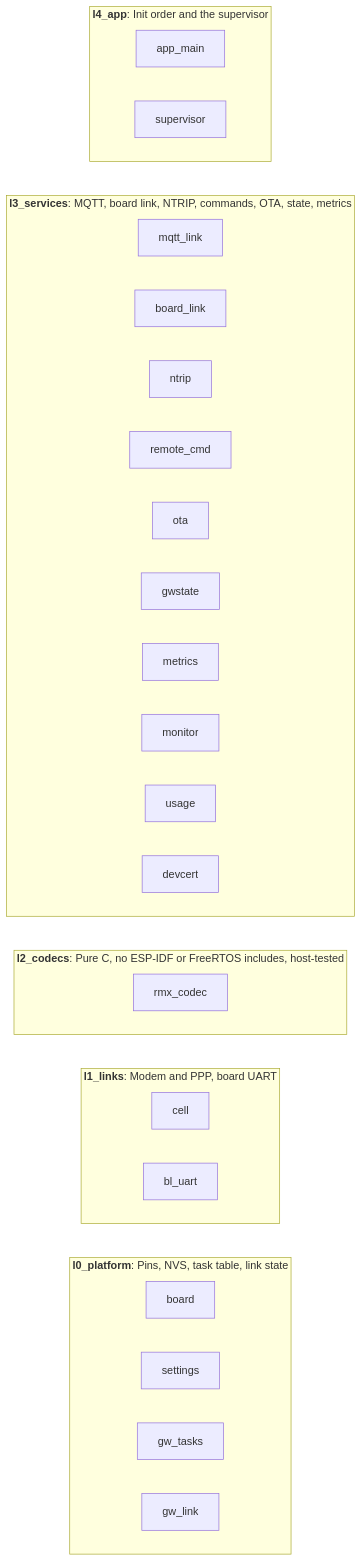
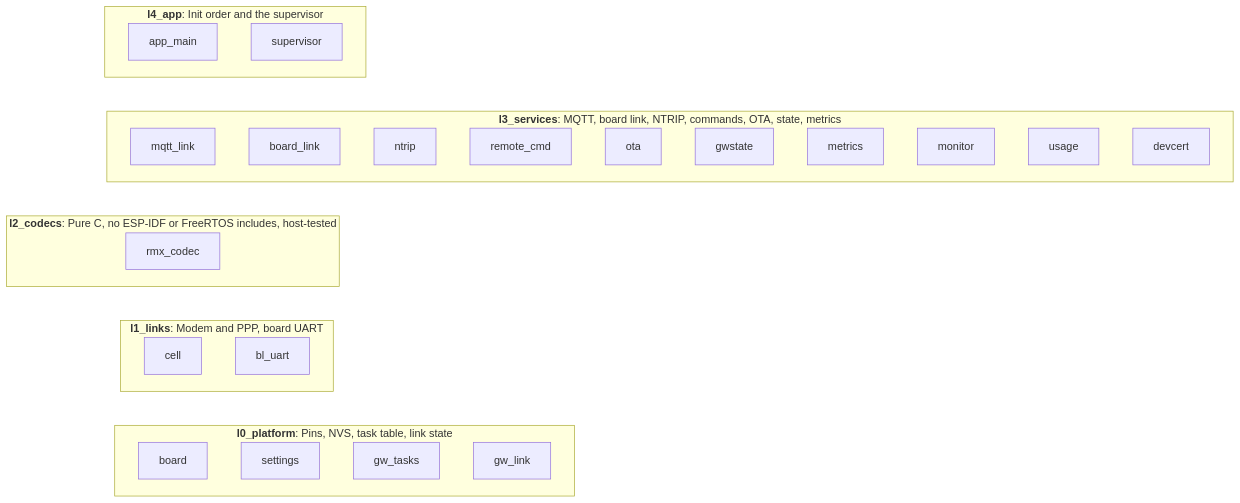
The fourth of 4 diagrams in examples/gateway/diagrams.md (jRmx0/esp-architecture), drawn with Mermaid before and after one commit. The commit also changed 2 other files, not shown here.

Commit message:
Stack layers through one node per layer to remove empty space

````diff
--- a/examples/gateway/diagrams.md
+++ b/examples/gateway/diagrams.md
@@ -153,36 +153,36 @@
 ```mermaid
 flowchart TB
   subgraph L_l4_app["<b>l4_app</b>: Init order and the supervisor"]
     n_app_main["app_main"]
     n_supervisor["supervisor"]
   end
   subgraph L_l3_services["<b>l3_services</b>: MQTT, board link, NTRIP, commands, OTA, state, metrics"]
     n_mqtt_link["mqtt_link"]
     n_board_link["board_link"]
     n_ntrip["ntrip"]
     n_remote_cmd["remote_cmd"]
     n_ota["ota"]
     n_gwstate["gwstate"]
     n_metrics["metrics"]
     n_monitor["monitor"]
     n_usage["usage"]
     n_devcert["devcert"]
   end
   subgraph L_l2_codecs["<b>l2_codecs</b>: Pure C, no ESP-IDF or FreeRTOS includes, host-tested"]
     n_rmx_codec["rmx_codec"]
   end
   subgraph L_l1_links["<b>l1_links</b>: Modem and PPP, board UART"]
     n_cell["cell"]
     n_bl_uart["bl_uart"]
   end
   subgraph L_l0_platform["<b>l0_platform</b>: Pins, NVS, task table, link state"]
     n_board["board"]
     n_settings["settings"]
     n_gw_tasks["gw_tasks"]
     n_gw_link["gw_link"]
   end
-  L_l4_app ~~~ L_l3_services
-  L_l3_services ~~~ L_l2_codecs
-  L_l2_codecs ~~~ L_l1_links
-  L_l1_links ~~~ L_l0_platform
+  n_app_main ~~~ n_mqtt_link
+  n_mqtt_link ~~~ n_rmx_codec
+  n_rmx_codec ~~~ n_cell
+  n_cell ~~~ n_board
 ```
````
